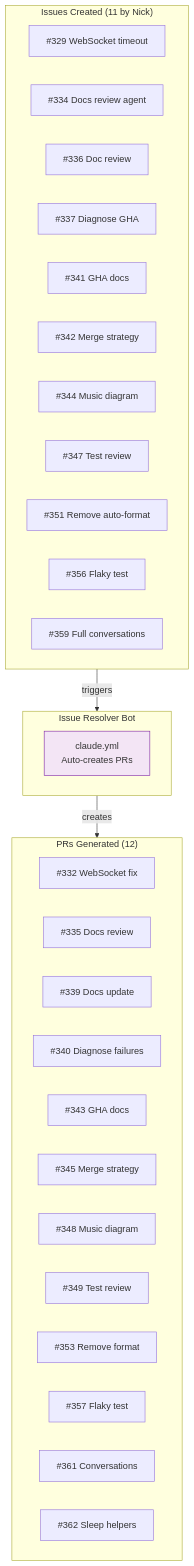
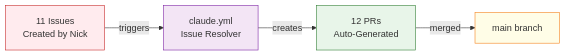
The second of 6 diagrams in docs/operations/AUTOMATION_INTERACTIONS_2026-01-02.md (NickBorgers/home-automation), drawn with Mermaid before and after one commit. The commit also changed other lines of this file, not shown here.

First line of the commit message:
docs: simplify diagrams for better GitHub rendering

````diff
--- a/docs/operations/AUTOMATION_INTERACTIONS_2026-01-02.md
+++ b/docs/operations/AUTOMATION_INTERACTIONS_2026-01-02.md
@@ -72,42 +70,16 @@
 ```mermaid
-flowchart TB
-    subgraph Created["Issues Created (11 by Nick)"]
-        direction LR
-        I329["#329 WebSocket timeout"]
-        I334["#334 Docs review agent"]
-        I336["#336 Doc review"]
-        I337["#337 Diagnose GHA"]
-        I341["#341 GHA docs"]
-        I342["#342 Merge strategy"]
-        I344["#344 Music diagram"]
-        I347["#347 Test review"]
-        I351["#351 Remove auto-format"]
-        I356["#356 Flaky test"]
-        I359["#359 Full conversations"]
-    end
+flowchart LR
+    Issues["11 Issues<br/>Created by Nick"]
+    Bot["claude.yml<br/>Issue Resolver"]
+    PRs["12 PRs<br/>Auto-Generated"]
+    Main["main branch"]
 
-    subgraph Bot["Issue Resolver Bot"]
-        IssueBot["claude.yml<br/>Auto-creates PRs"]
-    end
+    Issues -->|triggers| Bot
+    Bot -->|creates| PRs
+    PRs -->|merged| Main
 
-    subgraph Generated["PRs Generated (12)"]
-        direction LR
-        PR332["#332 WebSocket fix"]
-        PR335["#335 Docs review"]
-        PR339["#339 Docs update"]
-        PR340["#340 Diagnose failures"]
-        PR343["#343 GHA docs"]
-        PR345["#345 Merge strategy"]
-        PR348["#348 Music diagram"]
-        PR349["#349 Test review"]
-        PR353["#353 Remove format"]
-        PR357["#357 Flaky test"]
-        PR361["#361 Conversations"]
-        PR362["#362 Sleep helpers"]
-    end
-
-    Created -->|triggers| Bot
-    Bot -->|creates| Generated
-
-    style IssueBot fill:#f3e5f5,stroke:#7b1fa2
+    style Issues fill:#ffebee,stroke:#c62828
+    style Bot fill:#f3e5f5,stroke:#7b1fa2
+    style PRs fill:#e8f5e9,stroke:#2e7d32
+    style Main fill:#fffde7,stroke:#f57f17
 ```
````
